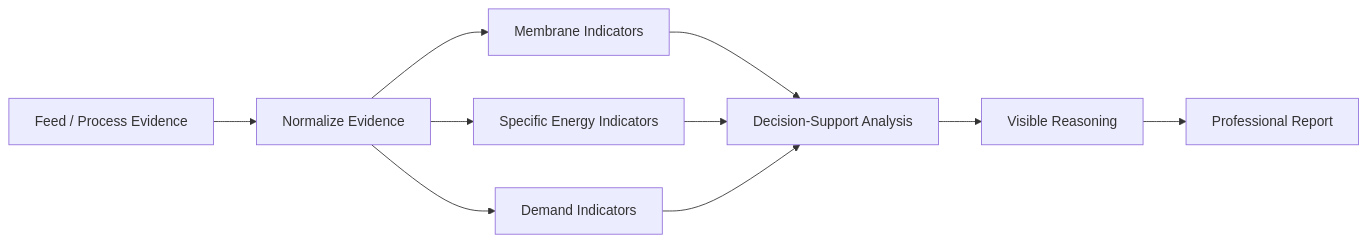
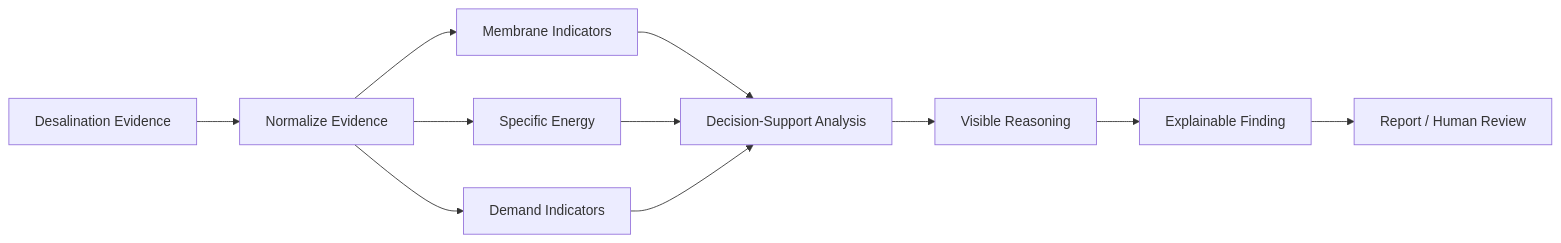
The fifth of 8 diagrams in README.md (HaziqBinAfzal/AquaVigil), drawn with Mermaid before and after one commit. The commit also changed other lines of this file, not shown here.

````diff
--- a/README.md
+++ b/README.md
@@ -378,26 +319,16 @@
 ```mermaid
 flowchart LR
-    EVIDENCE["Feed / Process Evidence"]
-    NORMALIZE["Normalize Evidence"]
+    A["Desalination Evidence"] --> B["Normalize Evidence"]
 
-    MEMBRANE["Membrane Indicators"]
-    ENERGY["Specific Energy Indicators"]
-    DEMAND["Demand Indicators"]
+    B --> C["Membrane Indicators"]
+    B --> D["Specific Energy"]
+    B --> E["Demand Indicators"]
 
-    ANALYSIS["Decision-Support Analysis"]
-    REASONING["Visible Reasoning"]
-    REPORT["Professional Report"]
+    C --> F["Decision-Support Analysis"]
+    D --> F
+    E --> F
 
-    EVIDENCE --> NORMALIZE
-
-    NORMALIZE --> MEMBRANE
-    NORMALIZE --> ENERGY
-    NORMALIZE --> DEMAND
-
-    MEMBRANE --> ANALYSIS
-    ENERGY --> ANALYSIS
-    DEMAND --> ANALYSIS
-
-    ANALYSIS --> REASONING
-    REASONING --> REPORT
+    F --> G["Visible Reasoning"]
+    G --> H["Explainable Finding"]
+    H --> I["Report / Human Review"]
 ```
````
